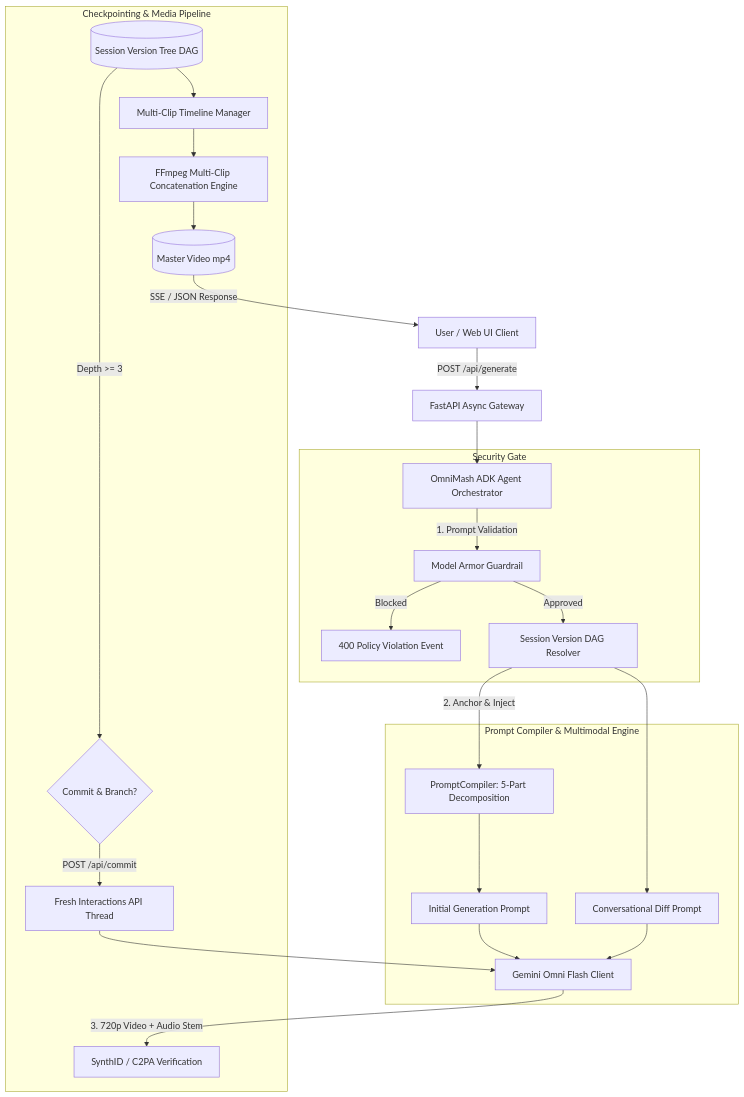
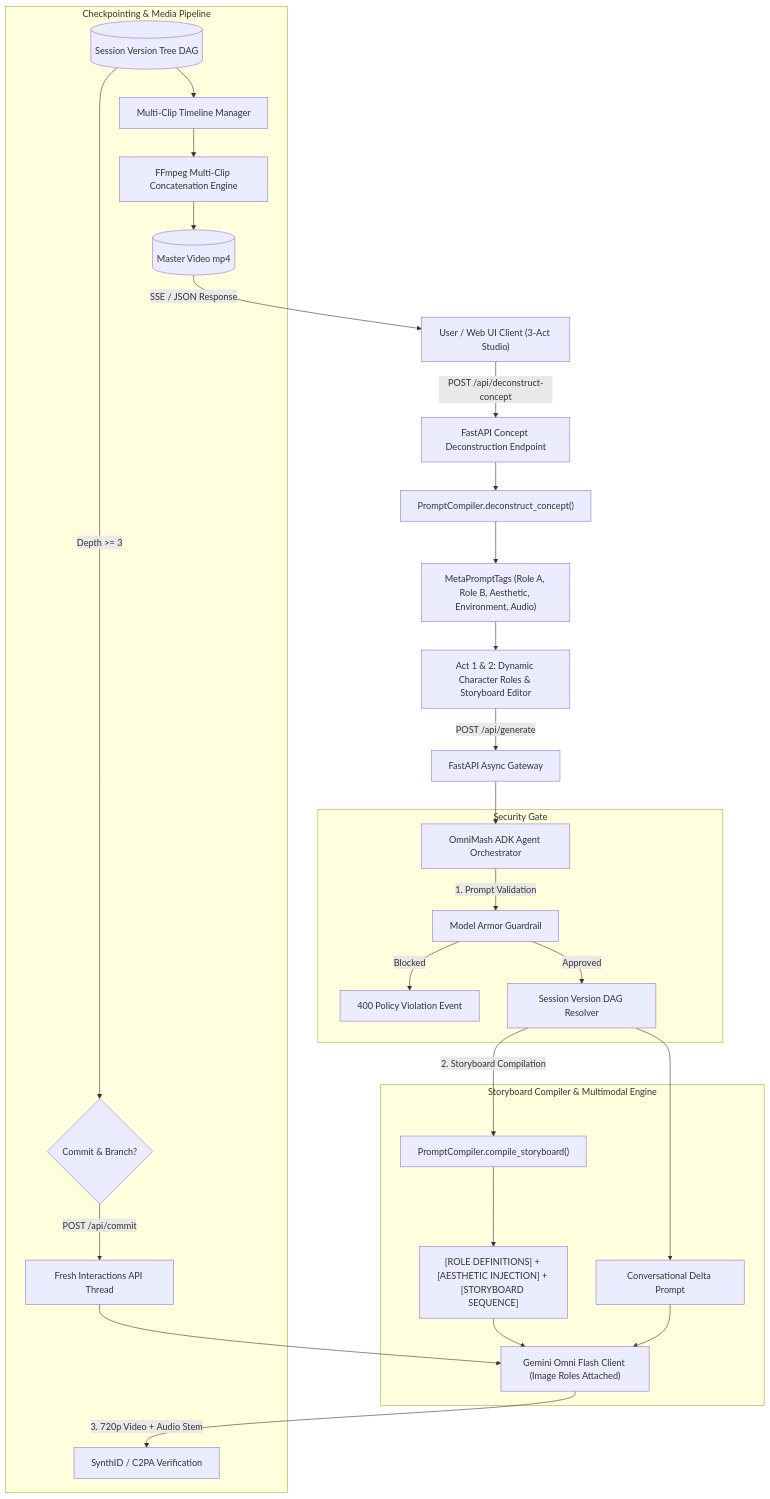
One commit to tottenjordan/omnimash changed the diagram in README.md. Above: the diagram before and after it, drawn with Mermaid. The commit also changed other lines of this file and 5 other files, not shown here.

Commit message:
docs: update 3-act workflow notes, prompt compiler specs, and architecture diagrams for character roles

````diff
--- a/README.md
+++ b/README.md
@@ -108,33 +112,38 @@
 ```mermaid
 graph TD
-    User["User / Web UI Client"] -->|POST /api/generate| API["FastAPI Async Gateway"]
+    User["User / Web UI Client (3-Act Studio)"] -->|POST /api/deconstruct-concept| DeconstructAPI["FastAPI Concept Deconstruction Endpoint"]
+    DeconstructAPI --> NLP["PromptCompiler.deconstruct_concept()"]
+    NLP --> MetaTags["MetaPromptTags (Role A, Role B, Aesthetic, Environment, Audio)"]
+    MetaTags --> UIEditor["Act 1 & 2: Dynamic Character Roles & Storyboard Editor"]
+    
+    UIEditor -->|POST /api/generate| API["FastAPI Async Gateway"]
     API --> Agent["OmniMash ADK Agent Orchestrator"]
     
     subgraph SecurityGate["Security Gate"]
         Agent -->|1. Prompt Validation| Guard["Model Armor Guardrail"]
         Guard -->|Blocked| Reject["400 Policy Violation Event"]
         Guard -->|Approved| SessionState["Session Version DAG Resolver"]
     end
 
-    subgraph PromptEngine["Prompt Compiler & Multimodal Engine"]
-        SessionState -->|2. Anchor & Inject| Compiler["PromptCompiler: 5-Part Decomposition"]
-        Compiler --> TaxInitial["Initial Generation Prompt"]
-        SessionState --> TaxDelta["Conversational Diff Prompt"]
+    subgraph PromptEngine["Storyboard Compiler & Multimodal Engine"]
+        SessionState -->|2. Storyboard Compilation| Compiler["PromptCompiler.compile_storyboard()"]
+        Compiler --> StoryboardPrompt["[ROLE DEFINITIONS] + [AESTHETIC INJECTION] + [STORYBOARD SEQUENCE]"]
+        SessionState --> TaxDelta["Conversational Delta Prompt"]
         
-        TaxInitial --> Omni["Gemini Omni Flash Client"]
+        StoryboardPrompt --> Omni["Gemini Omni Flash Client (Image Roles Attached)"]
         TaxDelta --> Omni
     end
 
     subgraph MediaPipeline["Checkpointing & Media Pipeline"]
         Omni -->|3. 720p Video + Audio Stem| Watermark["SynthID / C2PA Verification"]
         DAGStore[("Session Version Tree DAG")]
         DAGStore -->|"Depth >= 3"| CommitGate{"Commit & Branch?"}
         CommitGate -->|POST /api/commit| ReAnchor["Fresh Interactions API Thread"]
         ReAnchor --> Omni
         DAGStore --> Timeline["Multi-Clip Timeline Manager"]
         Timeline --> Stitcher["FFmpeg Multi-Clip Concatenation Engine"]
         Stitcher --> MasterVideo[("Master Video mp4")]
     end
 
     MasterVideo -->|SSE / JSON Response| User
 ```
````
